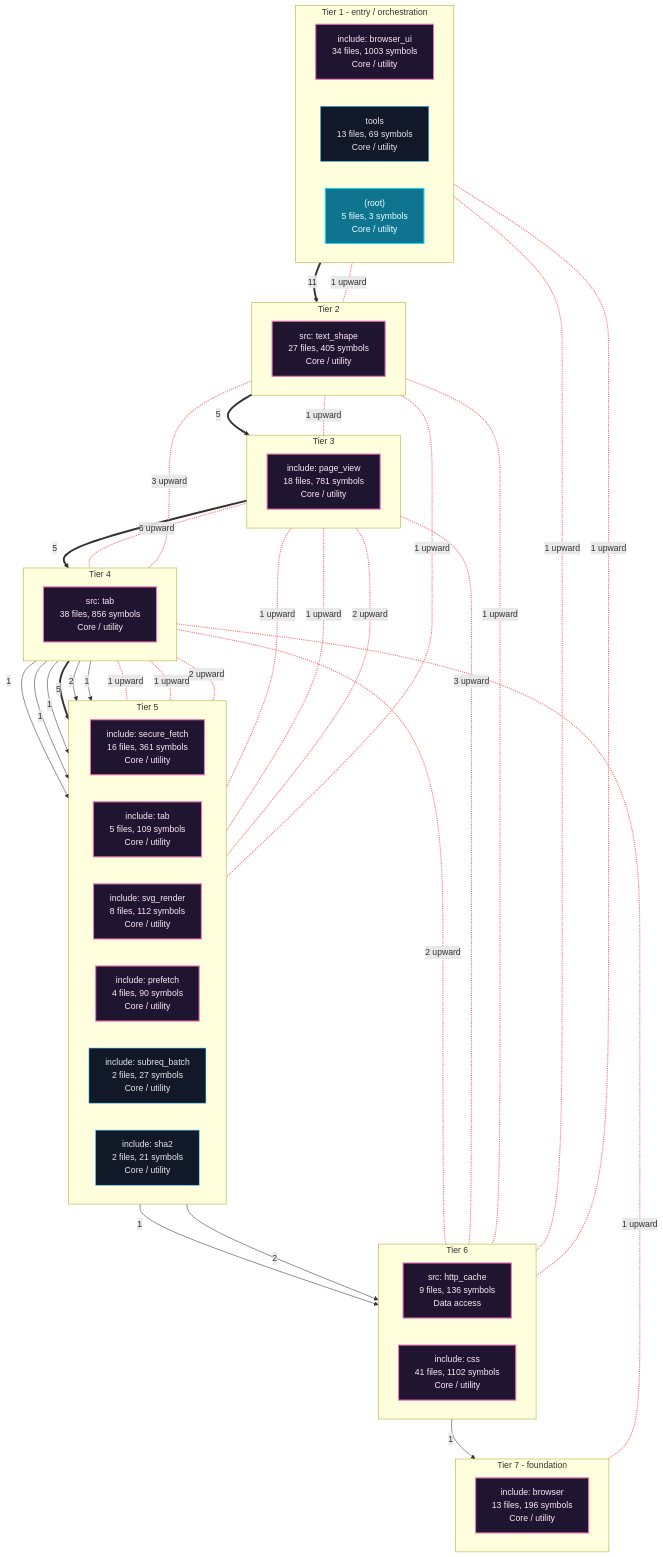
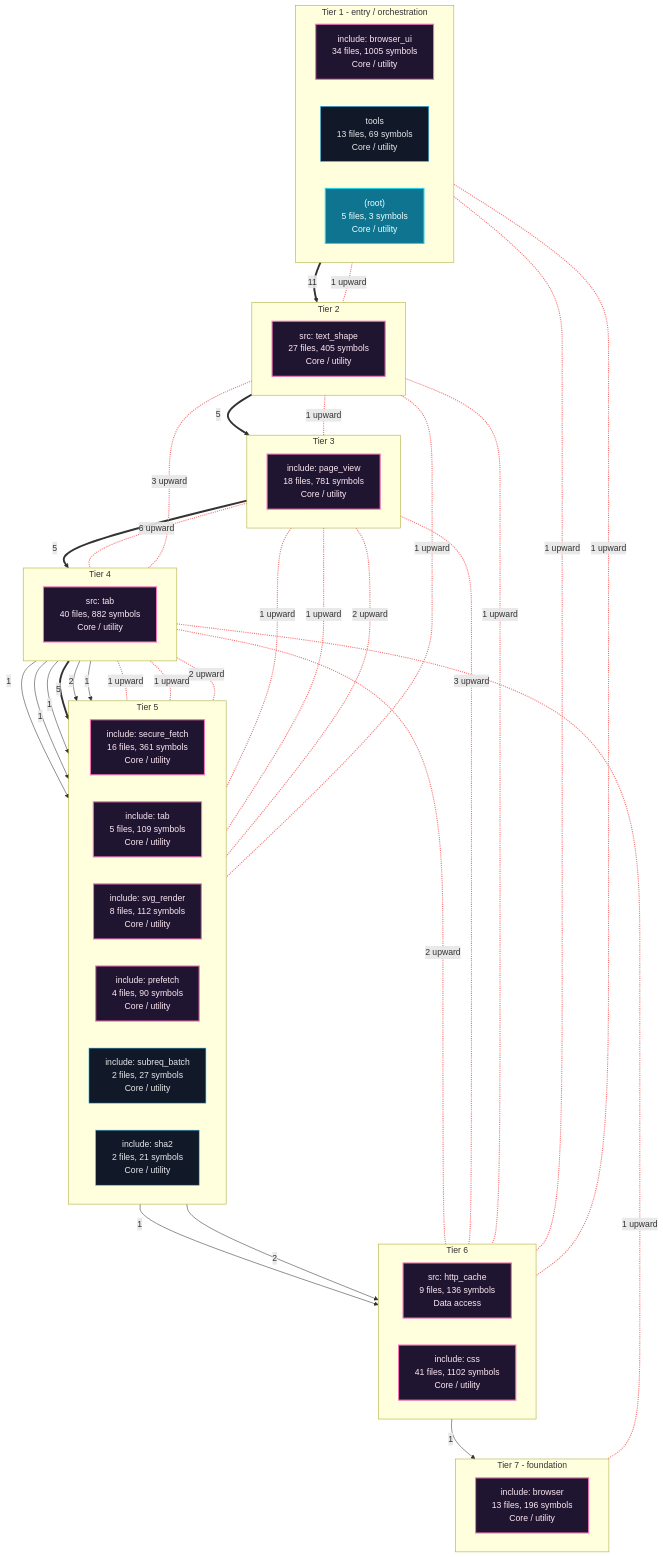
The first of 6 diagrams in readmenator-apidocs/architecture.md (grisuno/FreeDom), drawn with Mermaid before and after one commit. The commit also changed 170 other files, not shown here.

````diff
--- a/readmenator-apidocs/architecture.md
+++ b/readmenator-apidocs/architecture.md
@@ -11,78 +11,78 @@
 ```mermaid
 flowchart TB
     classDef cycle fill:#1f1530,stroke:#f472b6,color:#fce7f3,stroke-width:2px;
     classDef default fill:#111827,stroke:#38bdf8,color:#e5e7eb;
     classDef entry fill:#0e7490,stroke:#22d3ee,color:#ecfeff,stroke-width:2px;
     subgraph lane_0["Tier 1 - entry / orchestration"]
         direction LR
-        n_c2["include: browser_ui<br/>34 files, 1003 symbols<br/>Core / utility"]:::cycle
+        n_c2["include: browser_ui<br/>34 files, 1005 symbols<br/>Core / utility"]:::cycle
         n_d_tools["tools<br/>13 files, 69 symbols<br/>Core / utility"]:::default
         n_d__root_["(root)<br/>5 files, 3 symbols<br/>Core / utility"]:::entry
     end
     subgraph lane_1["Tier 2"]
         direction LR
         n_c3["src: text_shape<br/>27 files, 405 symbols<br/>Core / utility"]:::cycle
     end
     subgraph lane_2["Tier 3"]
         direction LR
         n_c4["include: page_view<br/>18 files, 781 symbols<br/>Core / utility"]:::cycle
     end
     subgraph lane_3["Tier 4"]
         direction LR
-        n_c1["src: tab<br/>38 files, 856 symbols<br/>Core / utility"]:::cycle
+        n_c1["src: tab<br/>40 files, 882 symbols<br/>Core / utility"]:::cycle
     end
     subgraph lane_4["Tier 5"]
         direction LR
         n_c5["include: secure_fetch<br/>16 files, 361 symbols<br/>Core / utility"]:::cycle
         n_c9["include: tab<br/>5 files, 109 symbols<br/>Core / utility"]:::cycle
         n_c8["include: svg_render<br/>8 files, 112 symbols<br/>Core / utility"]:::cycle
         n_c10["include: prefetch<br/>4 files, 90 symbols<br/>Core / utility"]:::cycle
         n_c12["include: subreq_batch<br/>2 files, 27 symbols<br/>Core / utility"]:::default
         n_c11["include: sha2<br/>2 files, 21 symbols<br/>Core / utility"]:::default
     end
     subgraph lane_5["Tier 6"]
         direction LR
         n_c7["src: http_cache<br/>9 files, 136 symbols<br/>Data access"]:::cycle
         n_c0["include: css<br/>41 files, 1102 symbols<br/>Core / utility"]:::cycle
     end
     subgraph lane_6["Tier 7 - foundation"]
         direction LR
         n_c6["include: browser<br/>13 files, 196 symbols<br/>Core / utility"]:::cycle
     end
     n_c1 -->|"1"| n_c10
     n_c1 -->|"1"| n_c11
     n_c1 -->|"1"| n_c12
     n_c1 ==>|"5"| n_c5
     n_c1 -->|"2"| n_c8
     n_c1 -->|"1"| n_c9
     n_c2 ==>|"11"| n_c3
     n_c3 ==>|"5"| n_c4
     n_c4 ==>|"5"| n_c1
     n_c5 -->|"1"| n_c7
     n_c7 -->|"1"| n_c6
     n_c8 -->|"2"| n_c0
     n_c1 <-.-|"2 upward"| n_c0
     n_c2 <-.-|"1 upward"| n_c0
     n_c3 <-.-|"1 upward"| n_c0
     n_c4 <-.-|"3 upward"| n_c0
     n_c3 <-.-|"3 upward"| n_c1
     n_c4 <-.-|"6 upward"| n_c1
     n_c1 <-.-|"1 upward"| n_c10
     n_c2 <-.-|"1 upward"| n_c3
     n_c3 <-.-|"1 upward"| n_c4
     n_c1 <-.-|"1 upward"| n_c5
     n_c3 <-.-|"1 upward"| n_c5
     n_c4 <-.-|"1 upward"| n_c5
     n_c1 <-.-|"1 upward"| n_c6
     n_c2 <-.-|"1 upward"| n_c7
     n_c4 <-.-|"1 upward"| n_c8
     n_c1 <-.-|"2 upward"| n_c9
     n_c4 <-.-|"2 upward"| n_c9
     linkStyle 12,13,14,15,16,17,18,19,20,21,22,23,24,25,26,27,28 stroke:#f87171,stroke-width:2px;
     n_c2 ~~~ n_c3
     n_c3 ~~~ n_c4
     n_c4 ~~~ n_c1
     n_c1 ~~~ n_c5
     n_c5 ~~~ n_c7
     n_c7 ~~~ n_c6
 ```
````
